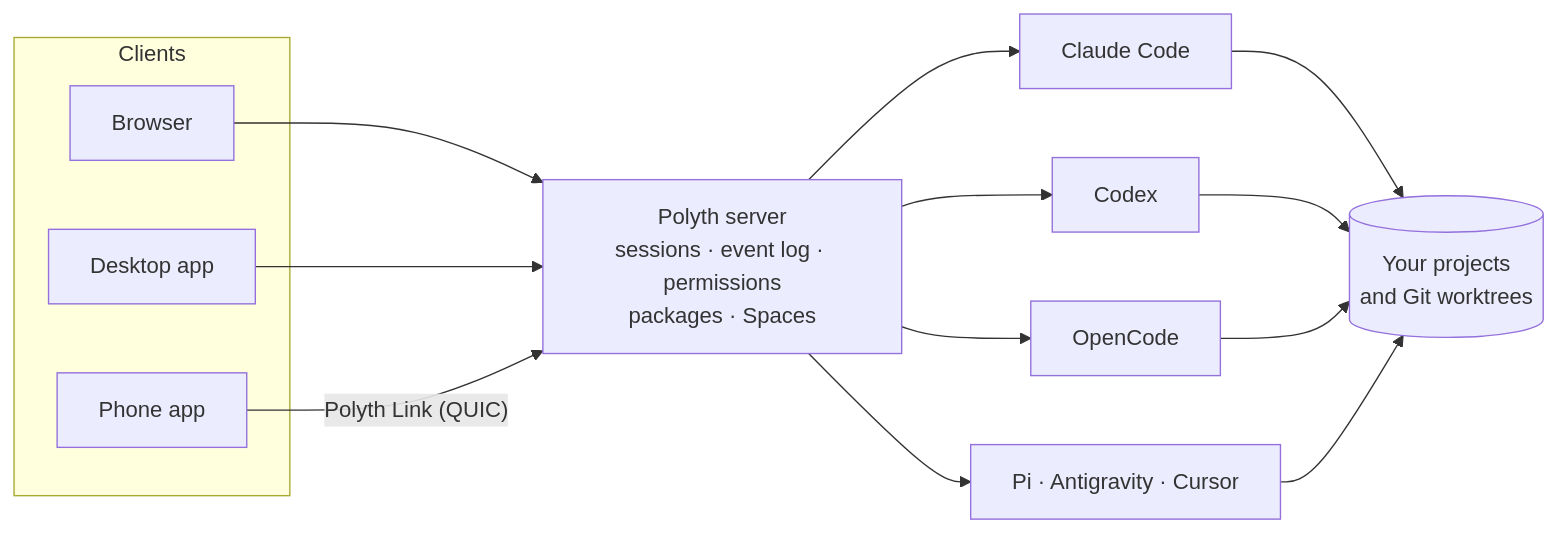
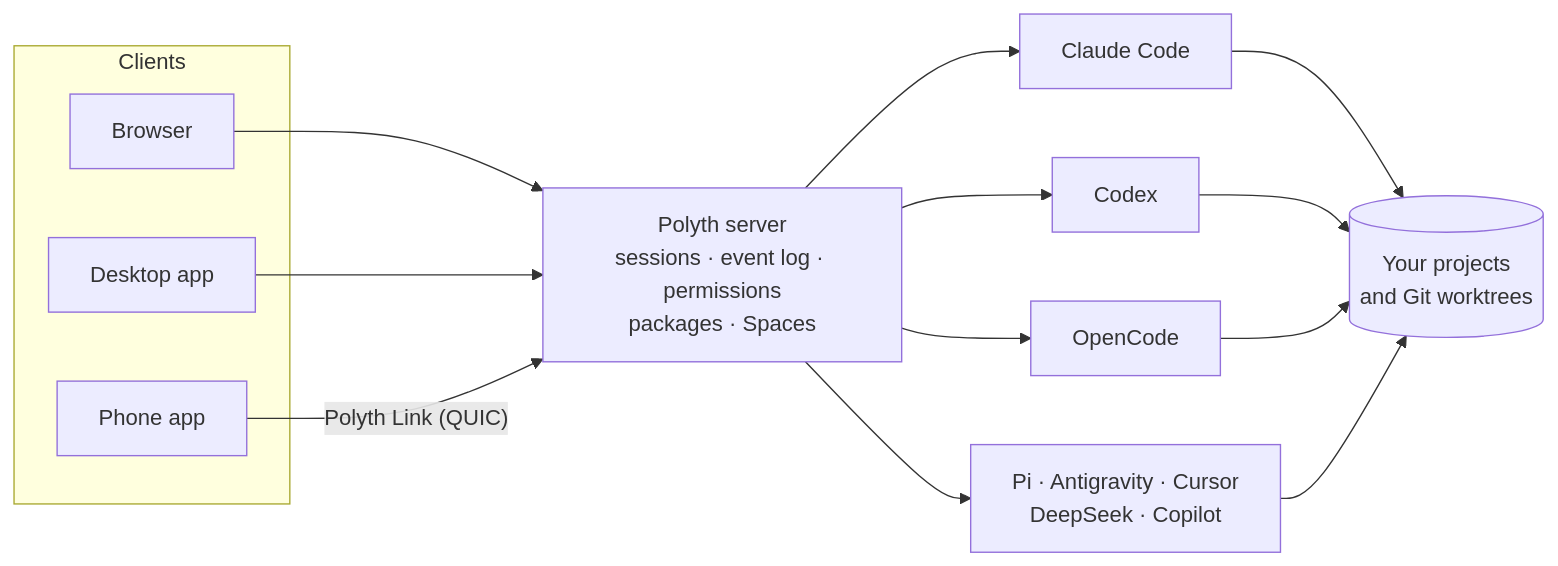
Before and after one commit to Polyth/Polyth: the diagram in README.md, drawn with Mermaid. The commit also changed other lines of this file and 117 other files, not shown here.

````diff
--- a/README.md
+++ b/README.md
@@ -350,17 +270,17 @@
 ```mermaid
 flowchart LR
   subgraph Clients
     web[Browser]
     desktop[Desktop app]
     phone[Phone app]
   end
   server["Polyth server<br/>sessions · event log · permissions<br/>packages · Spaces"]
   web --> server
   desktop --> server
   phone -- "Polyth Link (QUIC)" --> server
   server --> claude[Claude Code]
   server --> codex[Codex]
   server --> opencode[OpenCode]
-  server --> more["Pi · Antigravity · Cursor"]
+  server --> more["Pi · Antigravity · Cursor<br/>DeepSeek · Copilot"]
   claude & codex & opencode & more --> repo[("Your projects<br/>and Git worktrees")]
 ```
````
